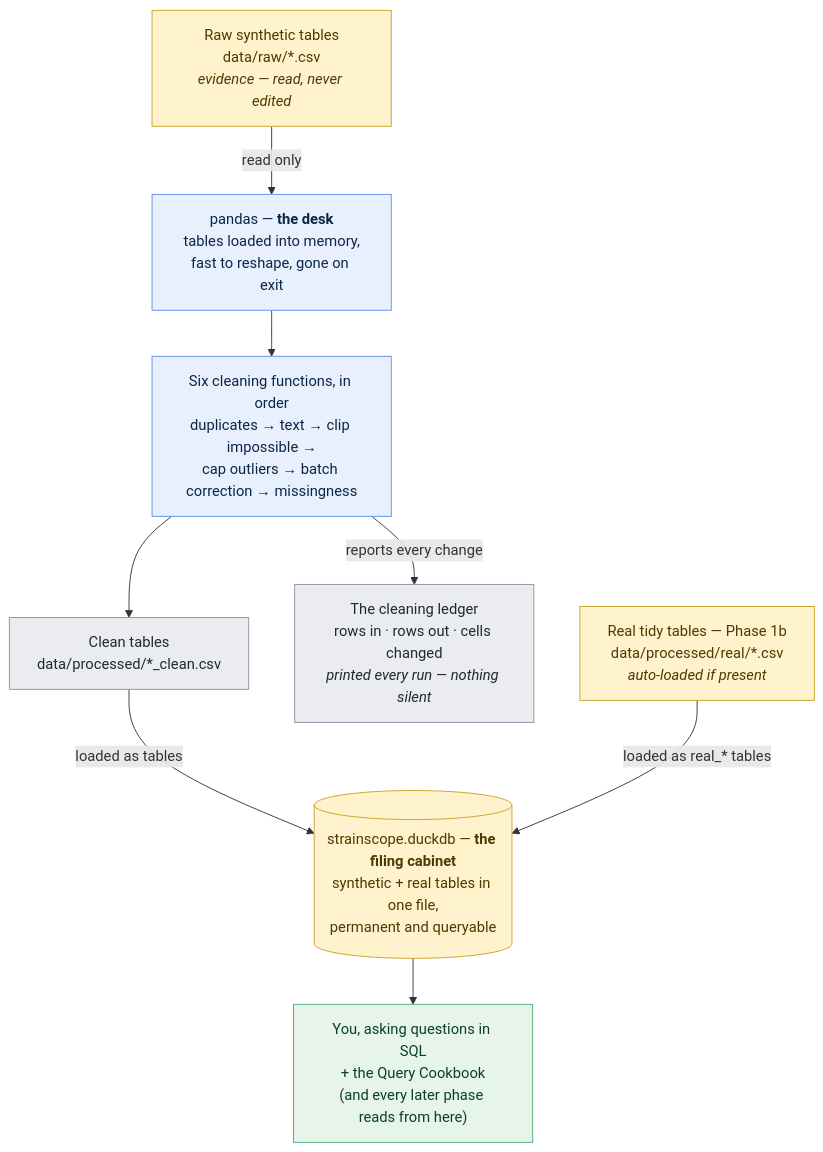
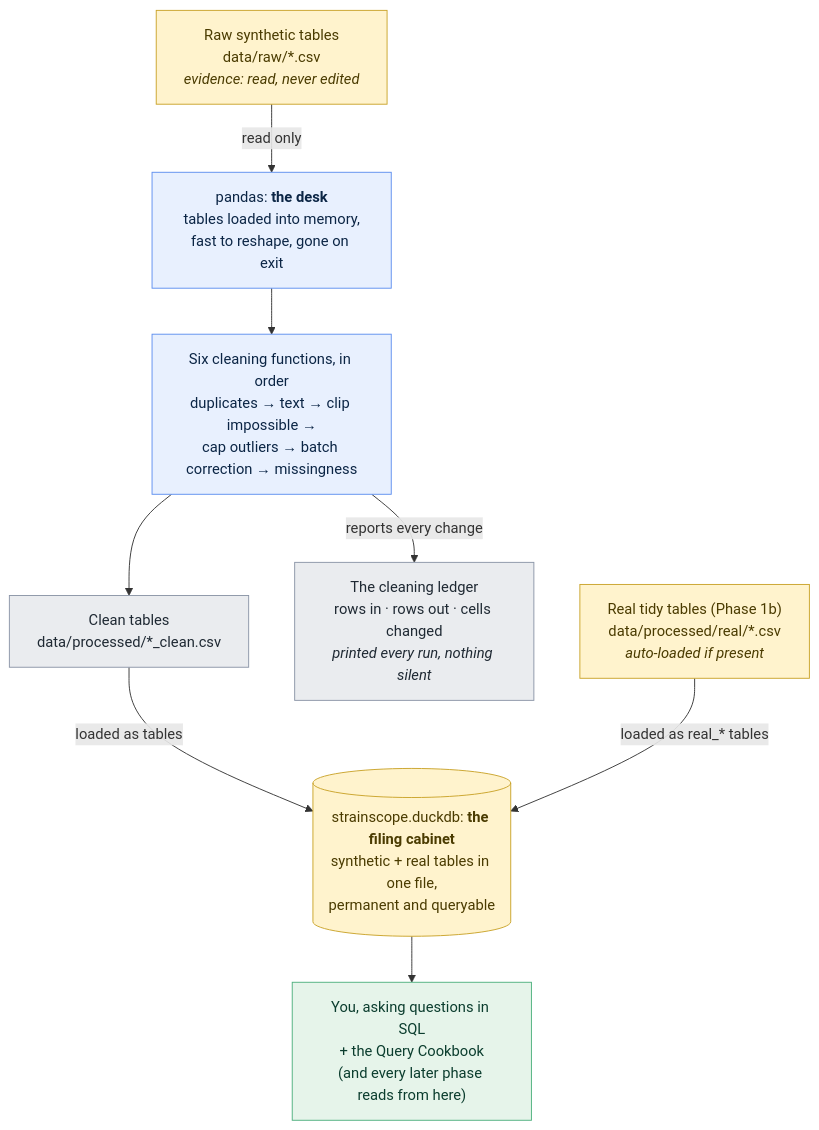
The diagram in docs/03-harmonization-qc.md (akannan2987/strainscope), drawn with Mermaid before and after one commit. The commit also changed other lines of this file and 103 other files, not shown here.

````diff
--- a/docs/03-harmonization-qc.md
+++ b/docs/03-harmonization-qc.md
@@ -33,28 +33,28 @@
 ```mermaid
 flowchart TD
-    RAW["Raw synthetic tables<br/>data/raw/*.csv<br/><i>evidence — read, never edited</i>"]
-    REALT["Real tidy tables — Phase 1b<br/>data/processed/real/*.csv<br/><i>auto-loaded if present</i>"]
-    DESK["pandas — <b>the desk</b><br/>tables loaded into memory,<br/>fast to reshape, gone on exit"]
+    RAW["Raw synthetic tables<br/>data/raw/*.csv<br/><i>evidence: read, never edited</i>"]
+    REALT["Real tidy tables (Phase 1b)<br/>data/processed/real/*.csv<br/><i>auto-loaded if present</i>"]
+    DESK["pandas: <b>the desk</b><br/>tables loaded into memory,<br/>fast to reshape, gone on exit"]
     CLEANF["Six cleaning functions, in order<br/>duplicates → text → clip impossible →<br/>cap outliers → batch correction → missingness"]
-    LEDGER["The cleaning ledger<br/>rows in · rows out · cells changed<br/><i>printed every run — nothing silent</i>"]
+    LEDGER["The cleaning ledger<br/>rows in · rows out · cells changed<br/><i>printed every run, nothing silent</i>"]
     CLEAN["Clean tables<br/>data/processed/*_clean.csv"]
-    DB[("strainscope.duckdb — <b>the filing cabinet</b><br/>synthetic + real tables in one file,<br/>permanent and queryable")]
+    DB[("strainscope.duckdb: <b>the filing cabinet</b><br/>synthetic + real tables in one file,<br/>permanent and queryable")]
     SQL["You, asking questions in SQL<br/>+ the Query Cookbook<br/>(and every later phase reads from here)"]
 
     RAW -->|"read only"| DESK
     DESK --> CLEANF
     CLEANF -->|"reports every change"| LEDGER
     CLEANF --> CLEAN
     CLEAN -->|"loaded as tables"| DB
     REALT -->|"loaded as real_* tables"| DB
     DB --> SQL
 
     classDef laptop fill:#E8F0FE,stroke:#5B8DEF,color:#0B2545;
     classDef store fill:#FFF3CD,stroke:#C9A227,color:#4A3B00;
     classDef artifact fill:#EAECEF,stroke:#8A94A6,color:#1F2933;
     classDef cloud fill:#E6F4EA,stroke:#4CAF7D,color:#0B3D2E;
     class DESK,CLEANF laptop
     class RAW,REALT,DB store
     class LEDGER,CLEAN artifact
     class SQL cloud
 ```
````
